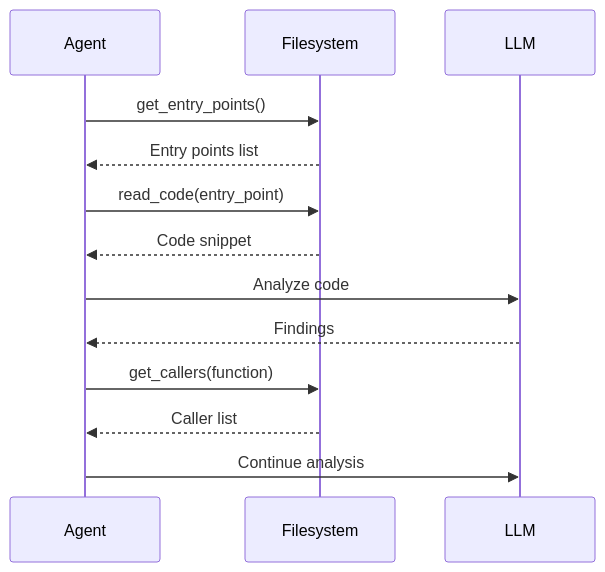
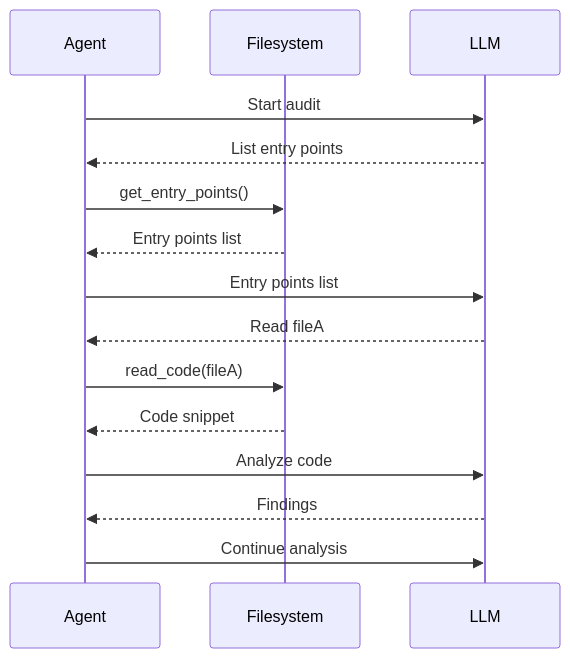
One commit to CoinFabrik/scout-agent changed the fifth of 9 diagrams in docs/AI Agents Survey.md. Above: the diagram before and after it, drawn with Mermaid. The commit also changed other lines of this file, not shown here.

````diff
--- a/docs/AI Agents Survey.md
+++ b/docs/AI Agents Survey.md
@@ -116,20 +131,23 @@
 ```mermaid
 sequenceDiagram
     participant Agent
     participant FS as Filesystem
     participant LLM
 
+    Agent->>LLM: Start audit
+    LLM-->>Agent: List entry points
+
     Agent->>FS: get_entry_points()
     FS-->>Agent: Entry points list
 
-    Agent->>FS: read_code(entry_point)
+    Agent->>LLM: Entry points list
+    LLM-->>Agent: Read fileA
+
+    Agent->>FS: read_code(fileA)
     FS-->>Agent: Code snippet
 
     Agent->>LLM: Analyze code
     LLM-->>Agent: Findings
 
-    Agent->>FS: get_callers(function)
-    FS-->>Agent: Caller list
-
     Agent->>LLM: Continue analysis
 ```
````
